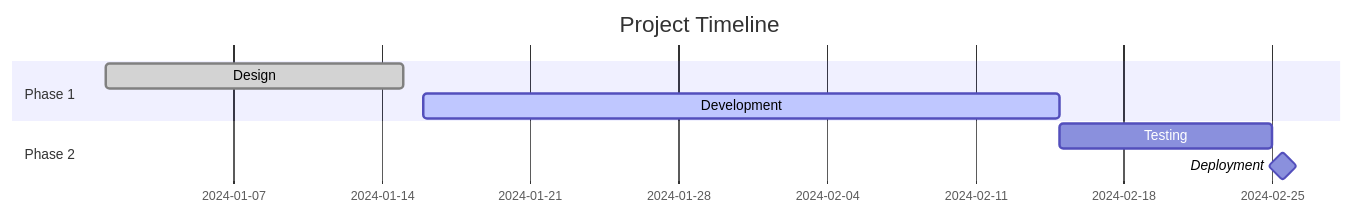
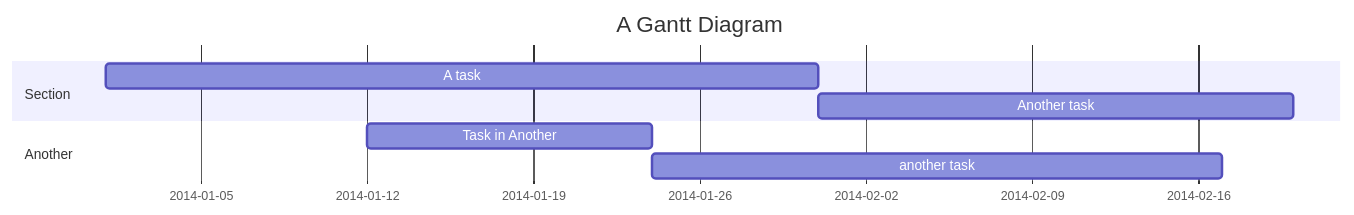
One commit to teachingai/full-stack-skills changed the first of 12 diagrams in skills/mermaid/examples/gantt.md. Above: the diagram before and after it, drawn with Mermaid. The commit also changed other lines of this file and 1 other file, not shown here.

First line of the commit message:
docs(mermaid): 更新甘特图和Git图表示例文档

````diff
--- a/skills/mermaid/examples/gantt.md
+++ b/skills/mermaid/examples/gantt.md
@@ -34,11 +34,11 @@
 ```mermaid
 gantt
-    title Project Timeline
+    title A Gantt Diagram
     dateFormat YYYY-MM-DD
-    section Phase 1
-    Design :done, des1, 2024-01-01, 2024-01-15
-    Development :active, dev1, 2024-01-16, 2024-02-15
-    section Phase 2
-    Testing :test1, after dev1, 10d
-    Deployment :milestone, deploy1, after test1, 1d
+    section Section
+        A task          :a1, 2014-01-01, 30d
+        Another task    :after a1, 20d
+    section Another
+        Task in Another :2014-01-12, 12d
+        another task    :24d
 ```
````
